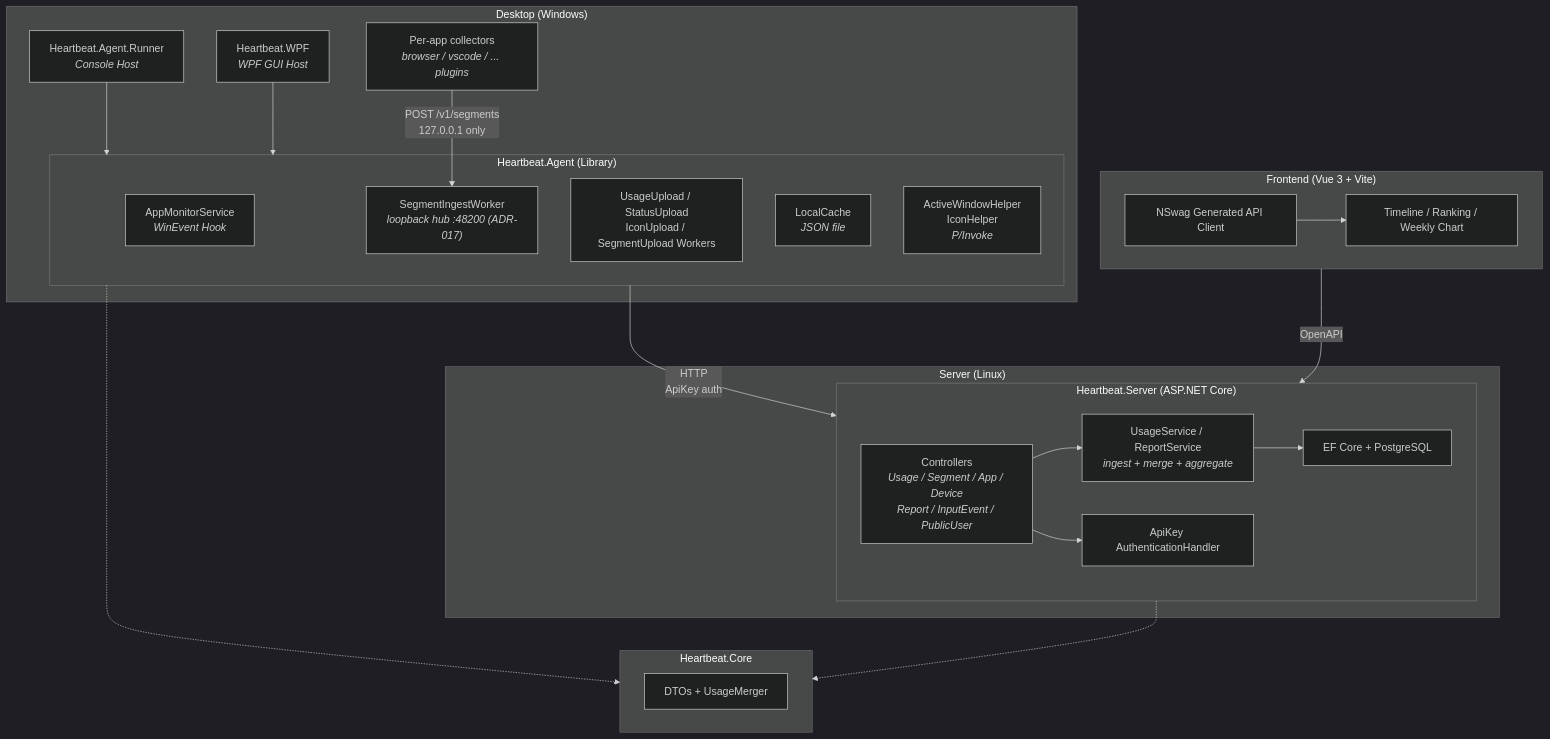
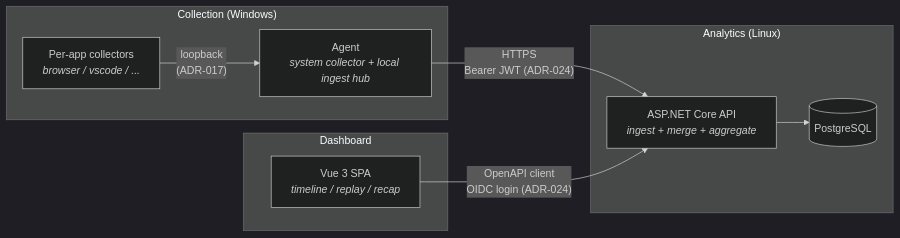
Before and after one commit to shenxianovo/Heartbeat: the diagram in README.md, drawn with Mermaid (dark theme). The commit also changed other lines of this file and 9 other files, not shown here.

````diff
--- a/README.md
+++ b/README.md
@@ -8,47 +13,21 @@
 ```mermaid
-graph TB
-    subgraph Desktop["Desktop (Windows)"]
-        Runner["Heartbeat.Agent.Runner<br/><i>Console Host</i>"]
-        WPF["Heartbeat.WPF<br/><i>WPF GUI Host</i>"]
-
-        subgraph Agent["Heartbeat.Agent (Library)"]
-            Monitor["AppMonitorService<br/><i>WinEvent Hook</i>"]
-            Ingest["SegmentIngestWorker<br/><i>loopback hub :48200 (ADR-017)</i>"]
-            Workers["UsageUpload / StatusUpload<br/>IconUpload / SegmentUpload Workers"]
-            Cache["LocalCache<br/><i>JSON file</i>"]
-            Helpers["ActiveWindowHelper<br/>IconHelper<br/><i>P/Invoke</i>"]
-        end
-
-        Collectors["Per-app collectors<br/><i>browser / vscode / ... plugins</i>"] -- "POST /v1/segments<br/>127.0.0.1 only" --> Ingest
-
-        Runner --> Agent
-        WPF --> Agent
+graph LR
+    subgraph Collection["Collection (Windows)"]
+        Collectors["Per-app collectors<br/><i>browser / vscode / ...</i>"]
+        Agent["Agent<br/><i>system collector + local ingest hub</i>"]
+        Collectors -- "loopback<br/>(ADR-017)" --> Agent
     end
 
-    subgraph Server["Server (Linux)"]
-        subgraph API["Heartbeat.Server (ASP.NET Core)"]
-            Controllers["Controllers<br/><i>Usage / Segment / App / Device<br/>Report / InputEvent / PublicUser</i>"]
-            Services["UsageService / ReportService<br/><i>ingest + merge + aggregate</i>"]
-            Auth["ApiKey AuthenticationHandler"]
-            DB["EF Core + PostgreSQL"]
-        end
-        Controllers --> Services
-        Controllers --> Auth
-        Services --> DB
+    subgraph Analytics["Analytics (Linux)"]
+        API["ASP.NET Core API<br/><i>ingest + merge + aggregate</i>"]
+        DB[("PostgreSQL")]
+        API --> DB
     end
 
-    subgraph Web["Frontend (Vue 3 + Vite)"]
-        Client["NSwag Generated API Client"]
-        UI["Timeline / Ranking / Weekly Chart"]
-        Client --> UI
+    subgraph Dashboard["Dashboard"]
+        Web["Vue 3 SPA<br/><i>timeline / replay / recap</i>"]
     end
 
-    subgraph Shared["Heartbeat.Core"]
-        DTOs["DTOs + UsageMerger"]
-    end
-
-    Agent -- "HTTP<br/>ApiKey auth" --> API
-    Web -- "OpenAPI" --> API
-    Agent -.-> Shared
-    API -.-> Shared
+    Agent -- "HTTPS<br/>Bearer JWT (ADR-024)" --> API
+    Web -- "OpenAPI client<br/>OIDC login (ADR-024)" --> API
 ```
````
